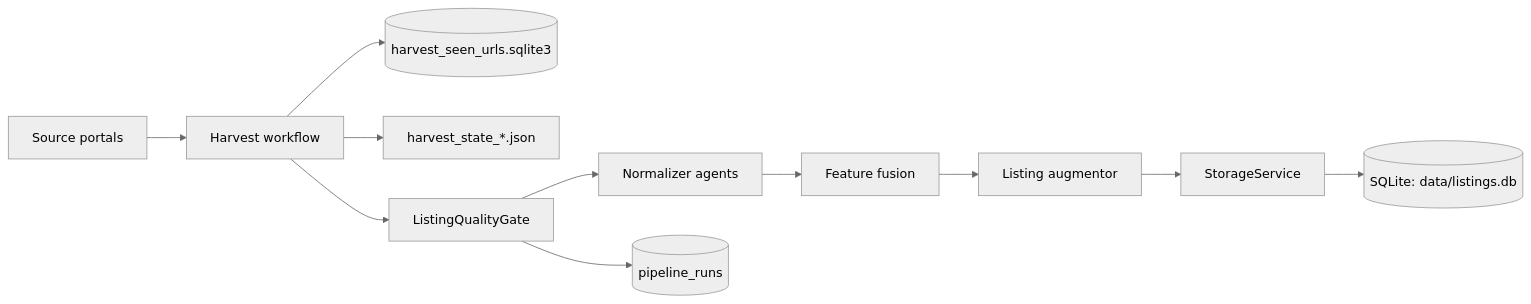
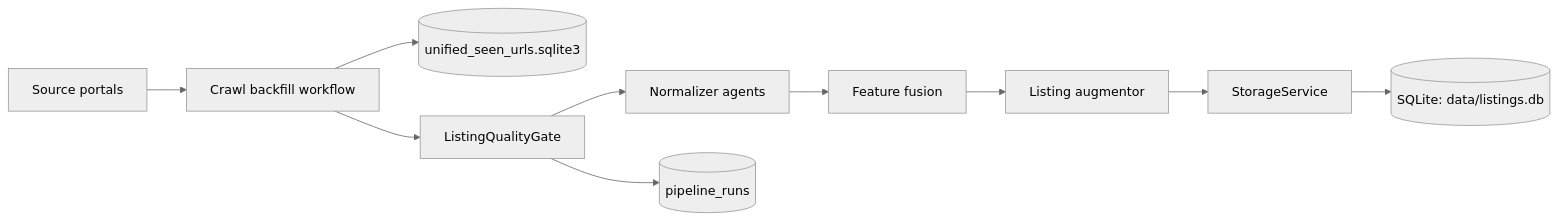
Before and after one commit to Nirtzur0/PropertyScanner: the second of 4 diagrams in docs/02_data_pipeline.md, drawn with Mermaid (neutral theme). The commit also changed other lines of this file and 45 other files, not shown here.

````diff
--- a/docs/02_data_pipeline.md
+++ b/docs/02_data_pipeline.md
@@ -29,13 +29,12 @@
 ```mermaid
 flowchart LR
-    Portal["Source portals"] --> Harvest["Harvest workflow"]
-    Harvest --> Seen[("harvest_seen_urls.sqlite3")]
-    Harvest --> State["harvest_state_*.json"]
-    Harvest --> Gate["ListingQualityGate"]
+    Portal["Source portals"] --> Crawl["Crawl backfill workflow"]
+    Crawl --> Seen[("unified_seen_urls.sqlite3")]
+    Crawl --> Gate["ListingQualityGate"]
     Gate --> Norm["Normalizer agents"]
     Norm --> Fusion["Feature fusion"]
     Fusion --> Aug["Listing augmentor"]
     Aug --> Store["StorageService"]
     Store --> DB[("SQLite: data/listings.db")]
     Gate --> Runs[("pipeline_runs")]
 ```
````
